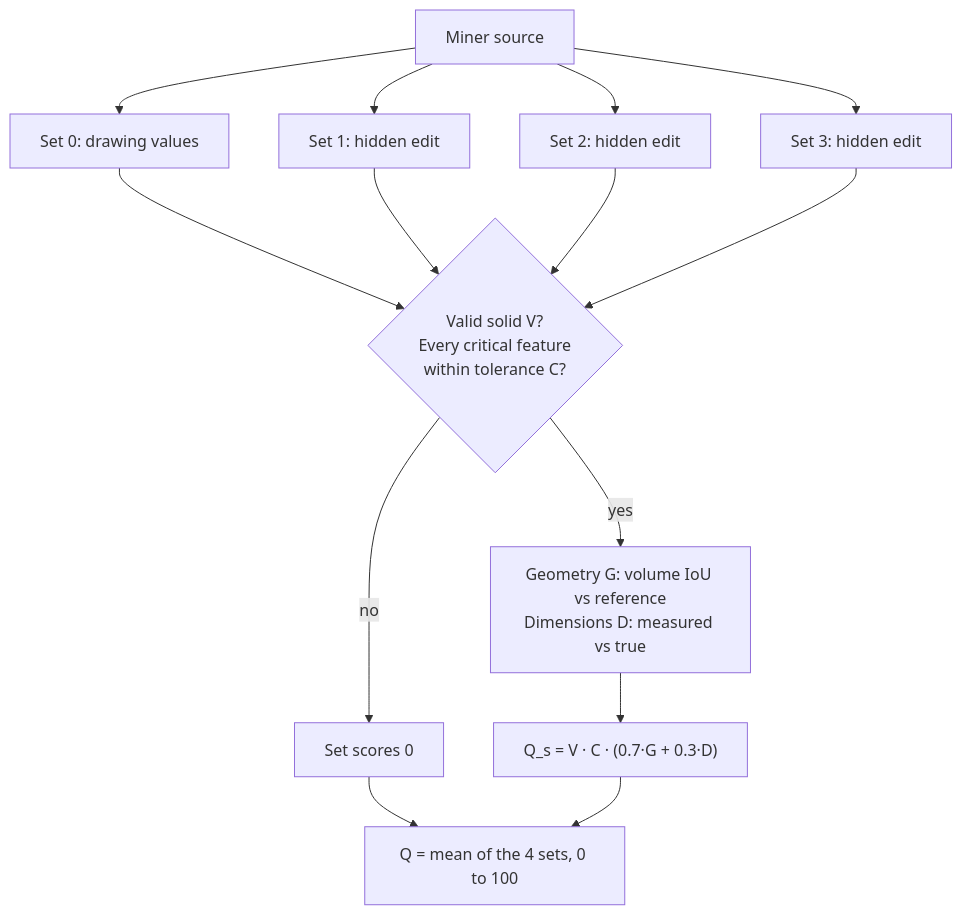
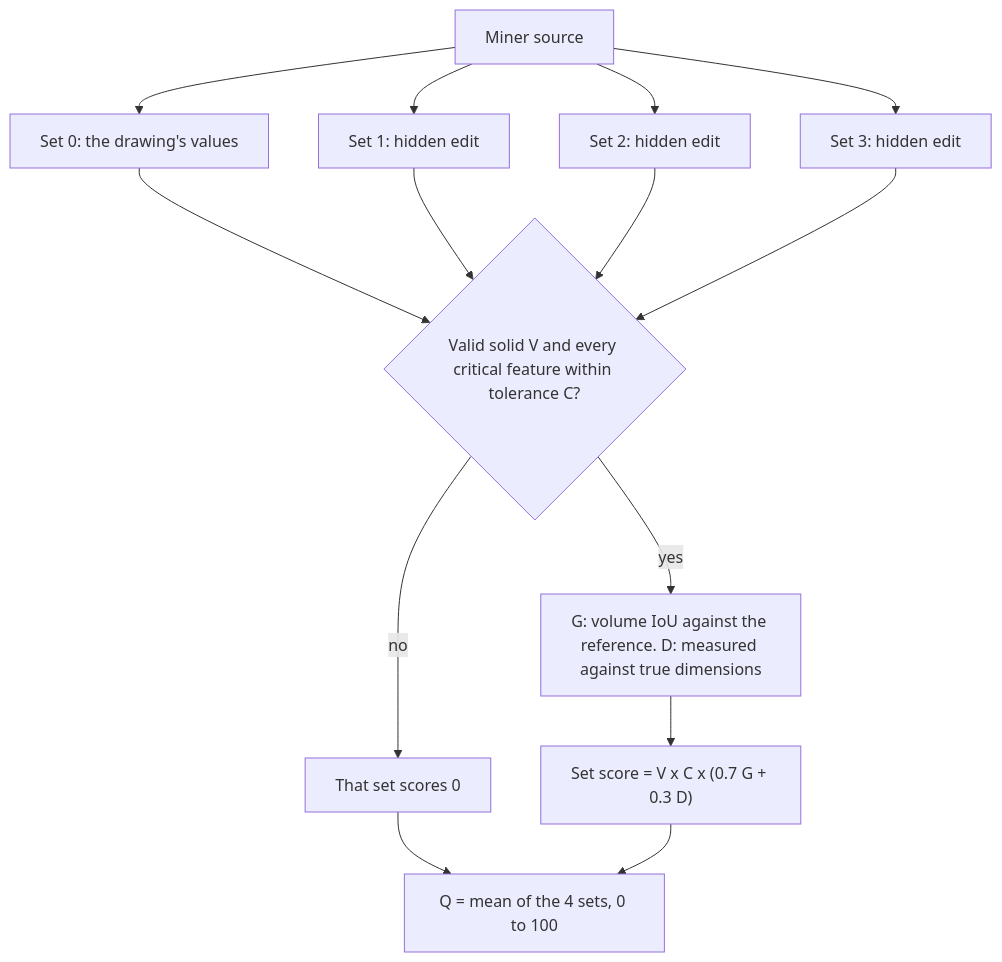
One commit to soumyacodes007/kova changed the second of 3 diagrams in README.md. Above: the diagram before and after it, drawn with Mermaid. The commit also changed other lines of this file, not shown here.

Commit message:
[C] README: Mermaid diagrams GitHub can render (quoted labels, plain ASCII, no entities)

````diff
--- a/README.md
+++ b/README.md
@@ -55,13 +55,17 @@
 ```mermaid
 flowchart TD
-    SRC[Miner source] --> S0[Set 0: drawing values]
-    SRC --> S1[Set 1: hidden edit]
-    SRC --> S2[Set 2: hidden edit]
-    SRC --> S3[Set 3: hidden edit]
-    S0 & S1 & S2 & S3 --> CHK{Valid solid V?<br/>Every critical feature<br/>within tolerance C?}
-    CHK -->|no| Z[Set scores 0]
-    CHK -->|yes| GD[Geometry G: volume IoU vs reference<br/>Dimensions D: measured vs true]
-    GD --> QS["Q_s = V · C · (0.7·G + 0.3·D)"]
-    Z --> AVG[Q = mean of the 4 sets, 0 to 100]
+    SRC["Miner source"] --> S0["Set 0: the drawing's values"]
+    SRC --> S1["Set 1: hidden edit"]
+    SRC --> S2["Set 2: hidden edit"]
+    SRC --> S3["Set 3: hidden edit"]
+    S0 --> CHK
+    S1 --> CHK
+    S2 --> CHK
+    S3 --> CHK
+    CHK{"Valid solid V and every critical feature within tolerance C?"}
+    CHK -->|"no"| Z["That set scores 0"]
+    CHK -->|"yes"| GD["G: volume IoU against the reference. D: measured against true dimensions"]
+    GD --> QS["Set score = V x C x (0.7 G + 0.3 D)"]
+    Z --> AVG["Q = mean of the 4 sets, 0 to 100"]
     QS --> AVG
 ```
````
